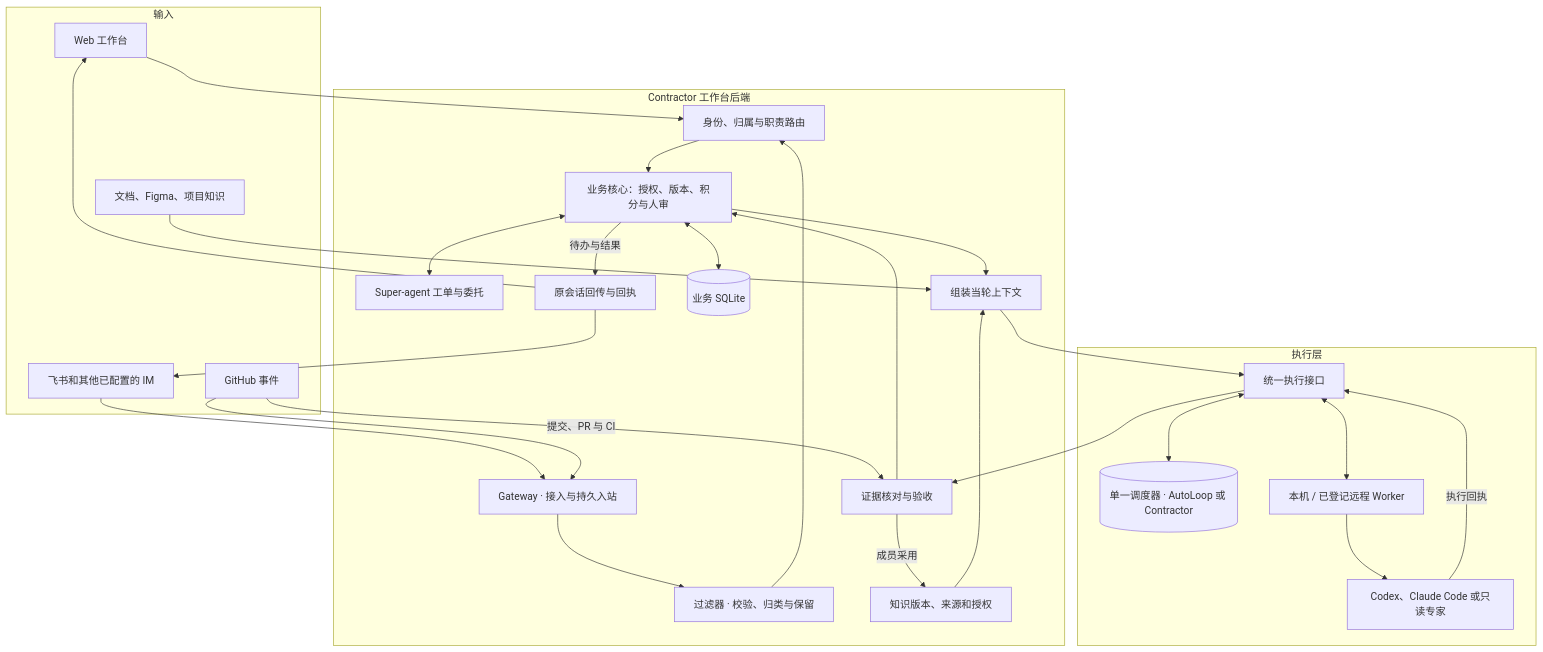
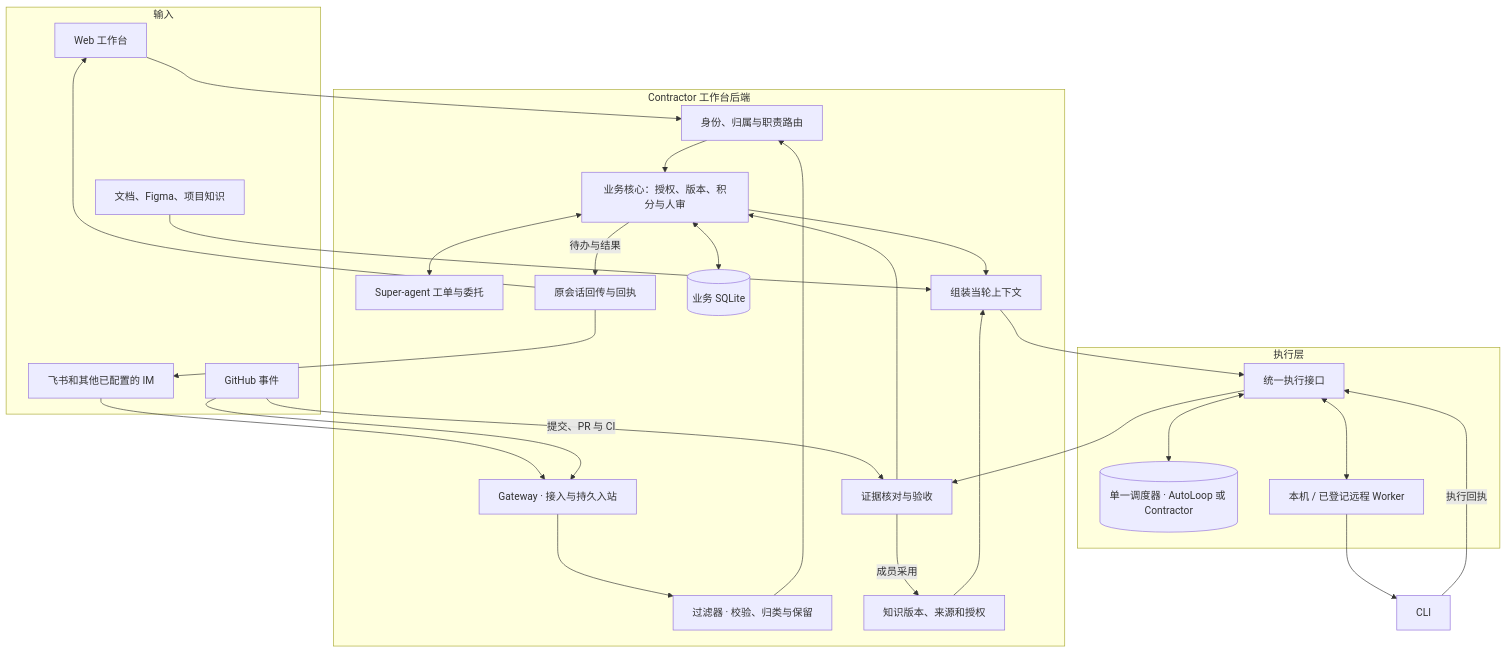
The diagram in docs/ARCHITECTURE.md (zhegong-996/Contractor), drawn with Mermaid before and after one commit. The commit also changed other lines of this file and 21 other files, not shown here.

````diff
--- a/docs/ARCHITECTURE.md
+++ b/docs/ARCHITECTURE.md
@@ -7,43 +9,42 @@
 ```mermaid
 flowchart TB
   subgraph Input["输入"]
     UI["Web 工作台"]
     IM["飞书和其他已配置的 IM"]
     GH["GitHub 事件"]
     Source["文档、Figma、项目知识"]
   end
   subgraph Platform["Contractor 工作台后端"]
     Ingress["Gateway · 接入与持久入站"]
     Filter["过滤器 · 校验、归类与保留"]
     Router["身份、归属与职责路由"]
     Core["业务核心：授权、版本、积分与人审"]
     Engine["Super-agent 工单与委托"]
     Context["组装当轮上下文"]
     Output["证据核对与验收"]
     Memory["知识版本、来源和授权"]
     Ledger[("业务 SQLite")]
     Reply["原会话回传与回执"]
   end
   subgraph Execution["执行层"]
     Dispatch["统一执行接口"]
     Runtime[("单一调度器 · AutoLoop 或 Contractor")]
     Worker["本机 / 已登记远程 Worker"]
-    CLI["Codex、Claude Code 或只读专家"]
   end
   IM --> Ingress --> Filter --> Router
   GH --> Ingress
   UI --> Router --> Core
   Core <--> Engine
   Core <--> Ledger
   Core --> Context
   Source --> Context
   Memory --> Context
   Context --> Dispatch <--> Runtime
   Dispatch <--> Worker --> CLI
   CLI -->|"执行回执"| Dispatch --> Output
   GH -->|"提交、PR 与 CI"| Output
   Output --> Core
   Output -->|"成员采用"| Memory
   Core -->|"待办与结果"| Reply --> IM
   Reply --> UI
 ```
````
